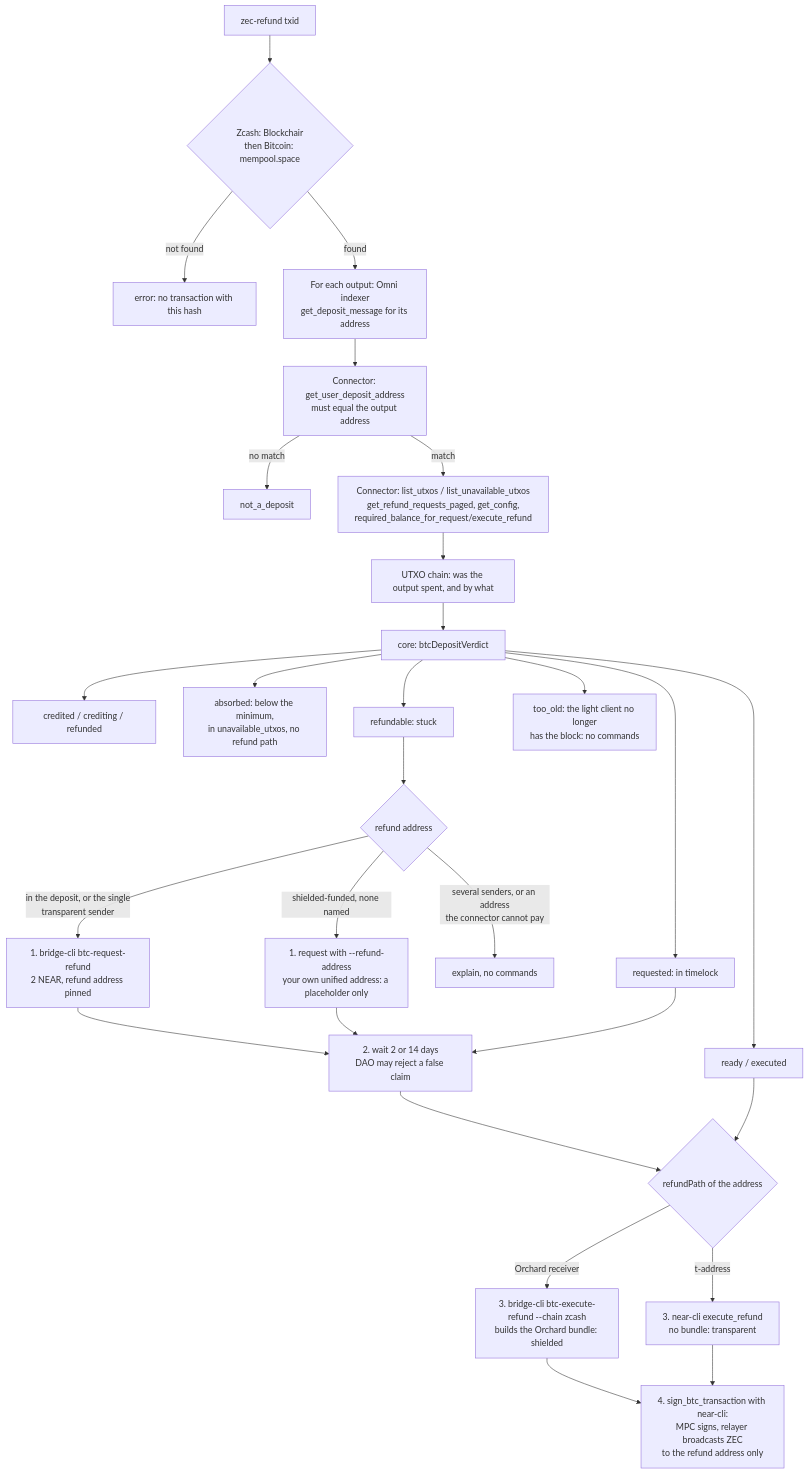
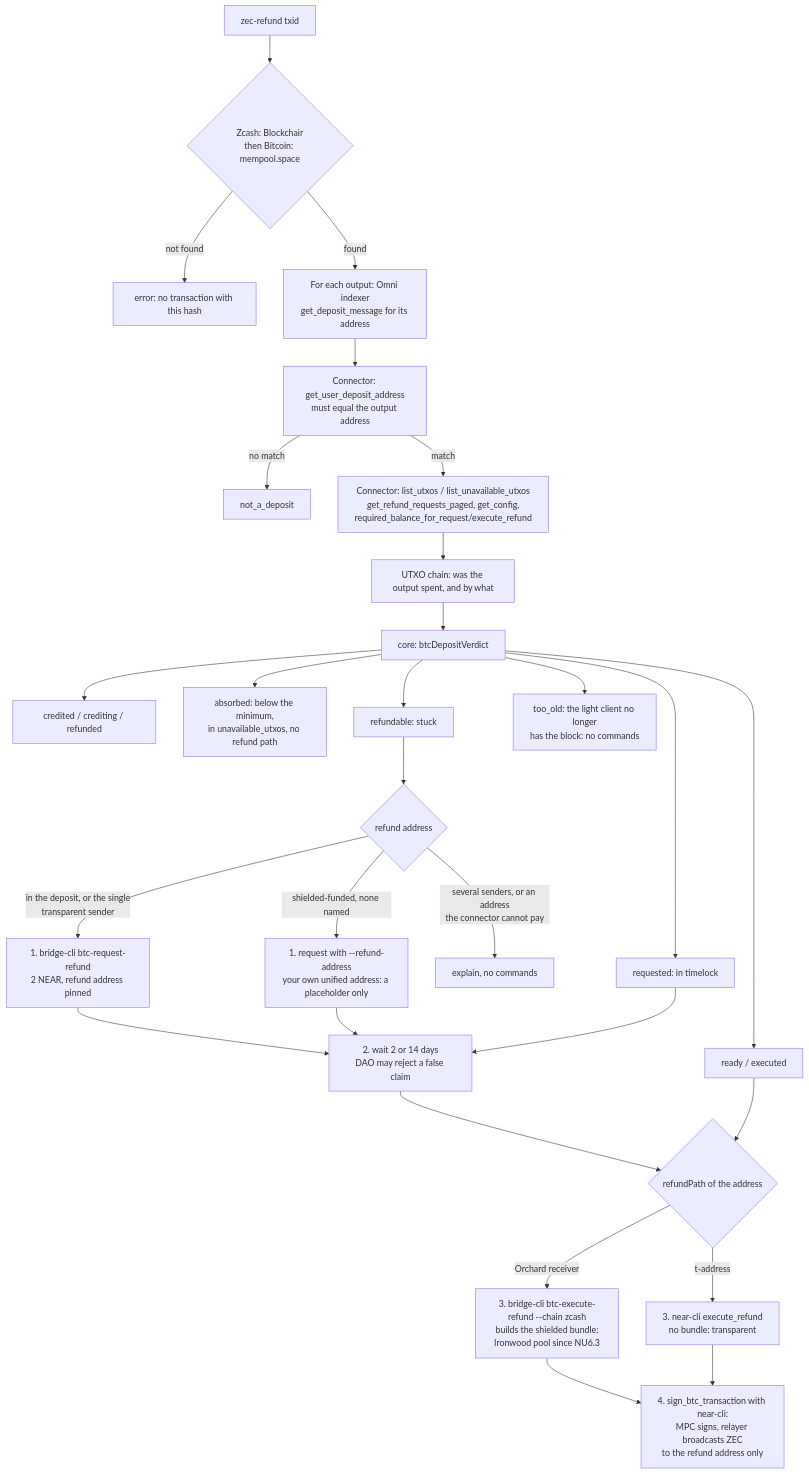
One commit to cryppit/zec-refund-helper changed the diagram in ARCHITECTURE.md. Above: the diagram before and after it, drawn with Mermaid. The commit also changed 7 other files, not shown here.

First line of the commit message:
fix: a shielded ZEC refund lands in the Ironwood pool since NU6.3, and its address and amount are public

````diff
--- a/ARCHITECTURE.md
+++ b/ARCHITECTURE.md
@@ -20,30 +20,30 @@
 ```mermaid
 flowchart TD
   A[zec-refund txid] --> B{Zcash: Blockchair<br/>then Bitcoin: mempool.space}
   B -- not found --> E1[error: no transaction with this hash]
   B -- found --> C[For each output: Omni indexer<br/>get_deposit_message for its address]
   C --> D[Connector: get_user_deposit_address<br/>must equal the output address]
   D -- no match --> V0[not_a_deposit]
   D -- match --> F[Connector: list_utxos / list_unavailable_utxos<br/>get_refund_requests_paged, get_config,<br/>required_balance_for_request/execute_refund]
   F --> G[UTXO chain: was the output spent, and by what]
   G --> H[core: btcDepositVerdict]
   H --> V1[credited / crediting / refunded]
   H --> V5[absorbed: below the minimum,<br/>in unavailable_utxos, no refund path]
   H --> V2[refundable: stuck]
   H --> V6[too_old: the light client no longer<br/>has the block: no commands]
   H --> V3[requested: in timelock]
   H --> V4[ready / executed]
   V2 --> R{refund address}
   R -- in the deposit, or the single<br/>transparent sender --> S1[1. bridge-cli btc-request-refund<br/>2 NEAR, refund address pinned]
   R -- shielded-funded, none named --> S1b[1. request with --refund-address<br/>your own unified address: a placeholder only]
   R -- several senders, or an address<br/>the connector cannot pay --> X[explain, no commands]
   S1 --> S2[2. wait 2 or 14 days<br/>DAO may reject a false claim]
   S1b --> S2
   V3 --> S2
   S2 --> P{refundPath of the address}
   V4 --> P
-  P -- Orchard receiver --> S3a[3. bridge-cli btc-execute-refund --chain zcash<br/>builds the Orchard bundle: shielded]
+  P -- Orchard receiver --> S3a[3. bridge-cli btc-execute-refund --chain zcash<br/>builds the shielded bundle:<br/>Ironwood pool since NU6.3]
   P -- t-address --> S3b[3. near-cli execute_refund<br/>no bundle: transparent]
   S3a --> S4[4. sign_btc_transaction with near-cli:<br/>MPC signs, relayer broadcasts ZEC<br/>to the refund address only]
   S3b --> S4
 ```
````
